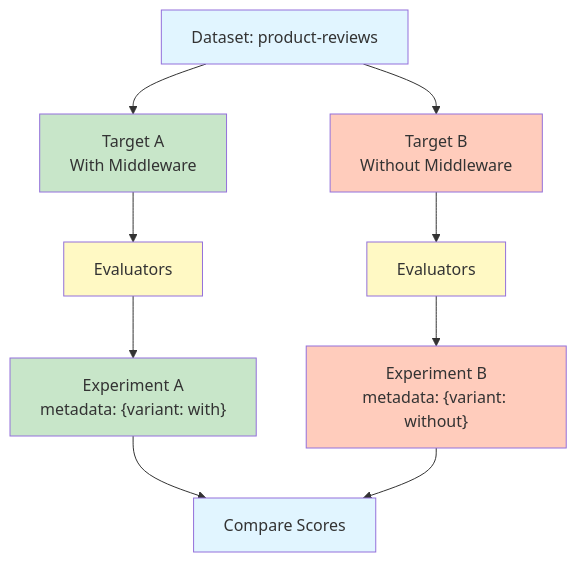
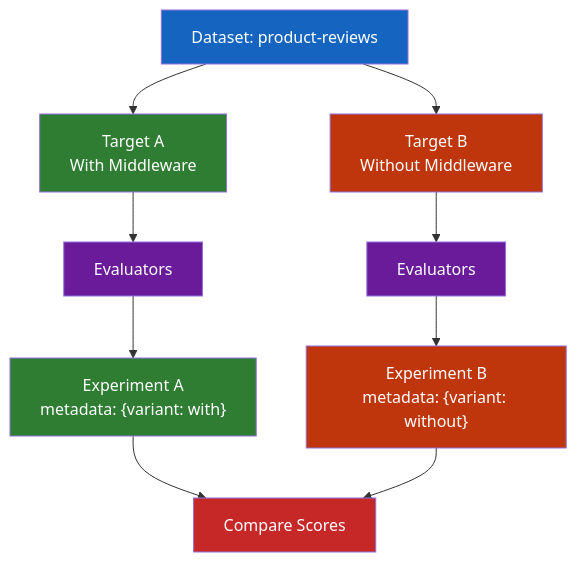
The second of 2 diagrams in Langsmith-Labs/Lab6-Intermediate/running-experiments/lab-running-experiments.md (CogKnowEdge-Solutions/Orchestration), drawn with Mermaid before and after one commit. The commit also changed other lines of this file and 1 other file, not shown here.

Commit message:
Update Mermaid diagrams with contrasting colors for better text visibility

````diff
--- a/Langsmith-Labs/Lab6-Intermediate/running-experiments/lab-running-experiments.md
+++ b/Langsmith-Labs/Lab6-Intermediate/running-experiments/lab-running-experiments.md
@@ -107,29 +107,29 @@
 ```mermaid
 graph TB
     D["Dataset: product-reviews"]
     A["Target A<br/>With Middleware"]
     B["Target B<br/>Without Middleware"]
     E1["Evaluators"]
     E2["Evaluators"]
     ExpA["Experiment A<br/>metadata: {variant: with}"]
     ExpB["Experiment B<br/>metadata: {variant: without}"]
     C["Compare Scores"]
     
     D --> A
     D --> B
     A --> E1
     B --> E2
     E1 --> ExpA
     E2 --> ExpB
     ExpA --> C
     ExpB --> C
     
-    style D fill:#e1f5ff
-    style A fill:#c8e6c9
-    style B fill:#ffccbc
-    style E1 fill:#fff9c4
-    style E2 fill:#fff9c4
-    style ExpA fill:#c8e6c9
-    style ExpB fill:#ffccbc
-    style C fill:#e1f5ff
+    style D fill:#1565c0,color:#fff
+    style A fill:#2e7d32,color:#fff
+    style B fill:#bf360c,color:#fff
+    style E1 fill:#6a1b9a,color:#fff
+    style E2 fill:#6a1b9a,color:#fff
+    style ExpA fill:#2e7d32,color:#fff
+    style ExpB fill:#bf360c,color:#fff
+    style C fill:#c62828,color:#fff
 ```
````
